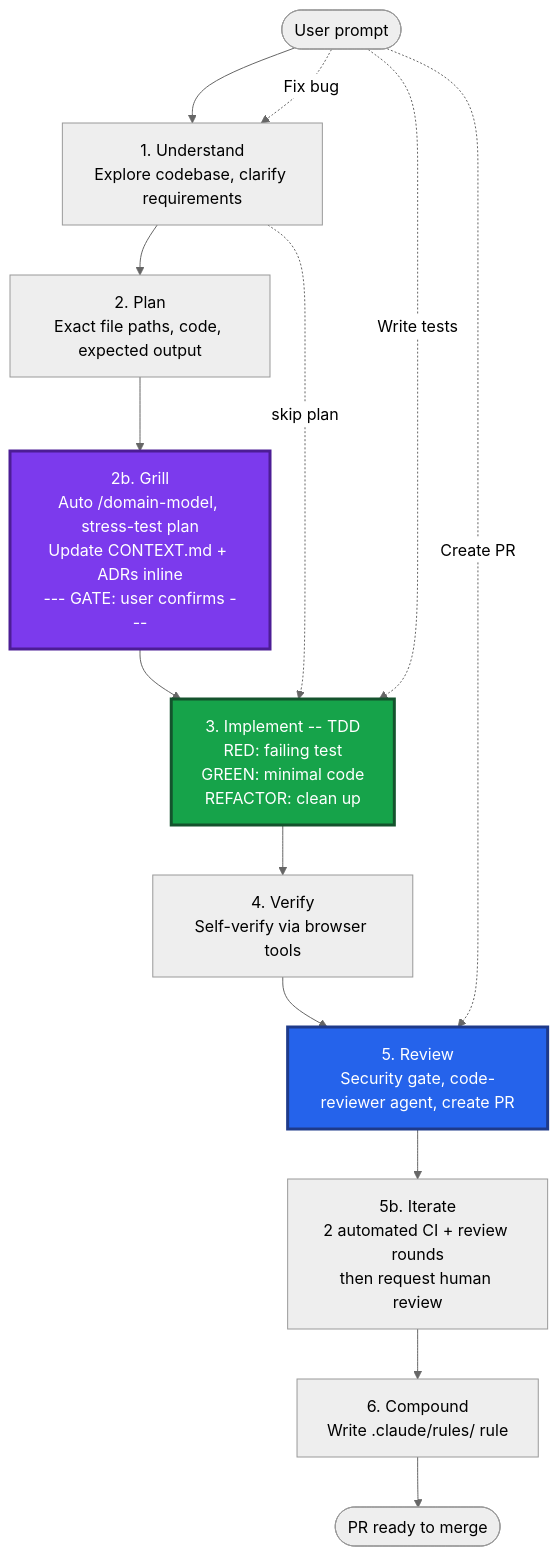
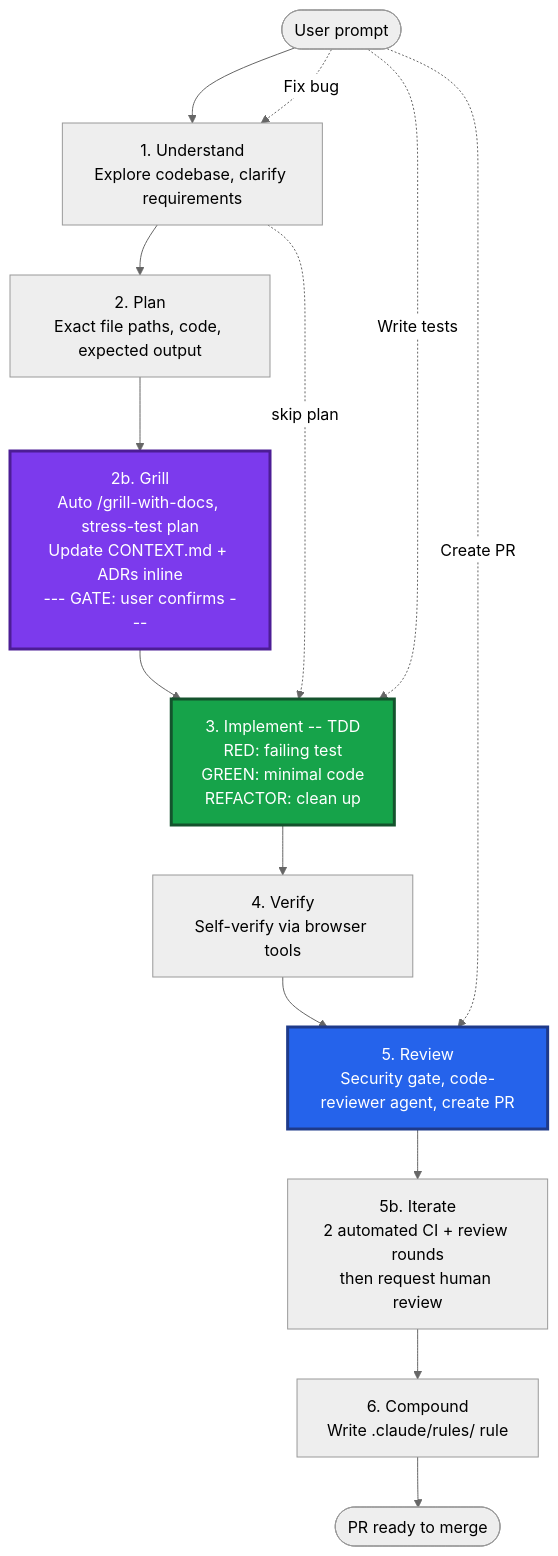
The first of 6 diagrams in README.md (malinskibeniamin/skills), drawn with Mermaid (neutral theme) before and after one commit. The commit also changed other lines of this file and 1 other file, not shown here.

````diff
--- a/README.md
+++ b/README.md
@@ -181,26 +181,26 @@
 ```mermaid
 graph TD
     Start([User prompt]) --> Understand
 
     Understand["1. Understand\nExplore codebase, clarify requirements"]
     Plan["2. Plan\nExact file paths, code, expected output"]
-    Grill["2b. Grill\nAuto /domain-model, stress-test plan\nUpdate CONTEXT.md + ADRs inline\n--- GATE: user confirms ---"]
+    Grill["2b. Grill\nAuto /grill-with-docs, stress-test plan\nUpdate CONTEXT.md + ADRs inline\n--- GATE: user confirms ---"]
     Implement["3. Implement -- TDD\nRED: failing test\nGREEN: minimal code\nREFACTOR: clean up"]
     Verify["4. Verify\nSelf-verify via browser tools"]
     Review["5. Review\nSecurity gate, code-reviewer agent, create PR"]
     Iterate["5b. Iterate\n2 automated CI + review rounds\nthen request human review"]
     Compound["6. Compound\nWrite .claude/rules/ rule"]
     Done([PR ready to merge])
 
     Understand --> Plan --> Grill --> Implement
     Implement --> Verify --> Review --> Iterate --> Compound --> Done
 
     Start -. "Fix bug" .-> Understand
     Understand -. "skip plan" .-> Implement
     Start -. "Write tests" .-> Implement
     Start -. "Create PR" .-> Review
 
     style Grill fill:#7c3aed,stroke:#4c1d95,stroke-width:3px,color:#fff
     style Implement fill:#16a34a,stroke:#14532d,stroke-width:3px,color:#fff
     style Review fill:#2563eb,stroke:#1e3a8a,stroke-width:3px,color:#fff
 ```
````
